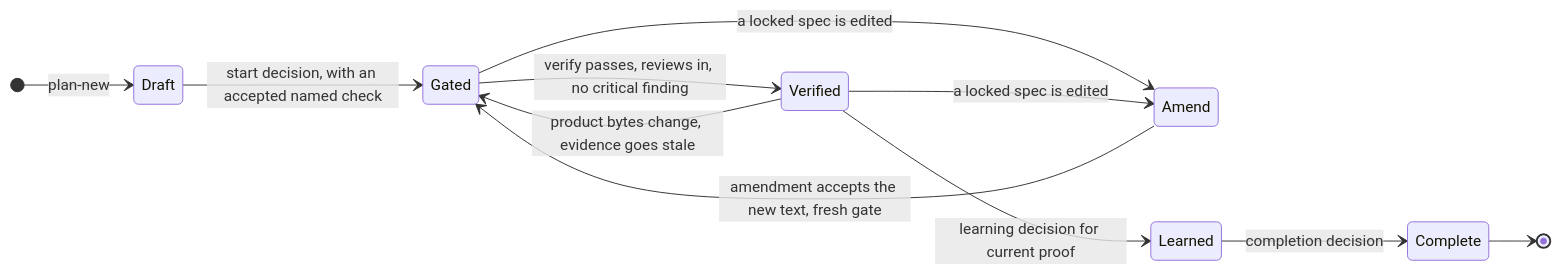
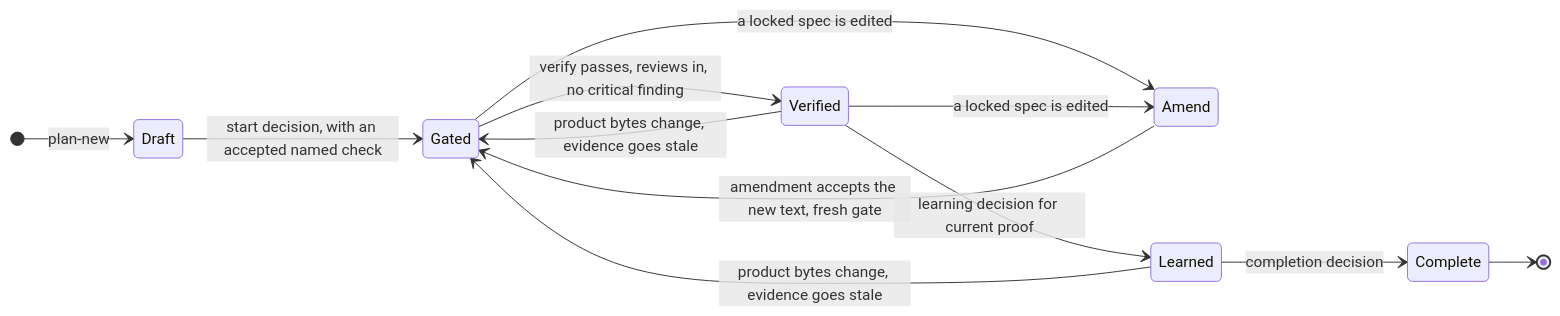
Before and after one commit to noodlemind/adaptive-engineering: the diagram in docs/reference/plans-and-proof.md, drawn with Mermaid. The commit also changed 7 other files, not shown here.

````diff
--- a/docs/reference/plans-and-proof.md
+++ b/docs/reference/plans-and-proof.md
@@ -7,14 +7,15 @@
 ```mermaid
 stateDiagram-v2
   direction LR
   [*] --> Draft: plan-new
   Draft --> Gated: start decision, with an accepted named check
   Gated --> Verified: verify passes, reviews in, no critical finding
   Verified --> Gated: product bytes change, evidence goes stale
   Gated --> Amend: a locked spec is edited
   Verified --> Amend: a locked spec is edited
   Amend --> Gated: amendment accepts the new text, fresh gate
   Verified --> Learned: learning decision for current proof
+  Learned --> Gated: product bytes change, evidence goes stale
   Learned --> Complete: completion decision
   Complete --> [*]
 ```
````
